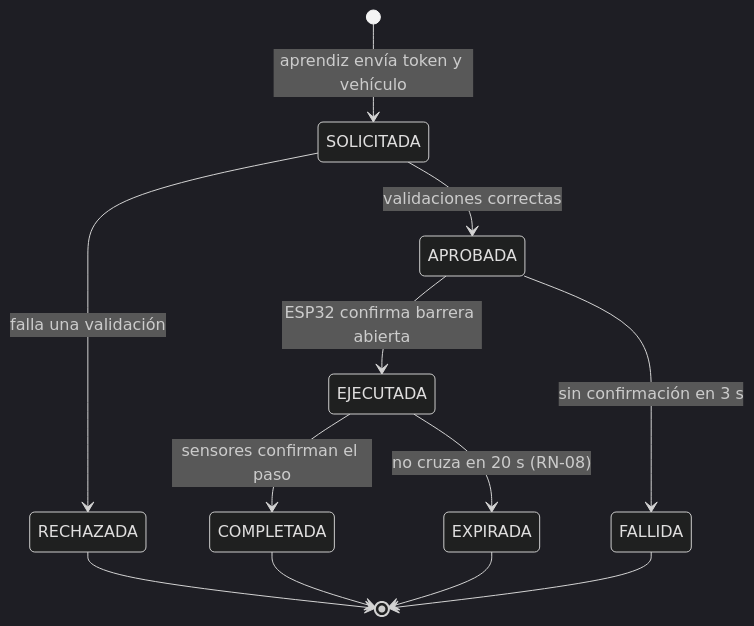
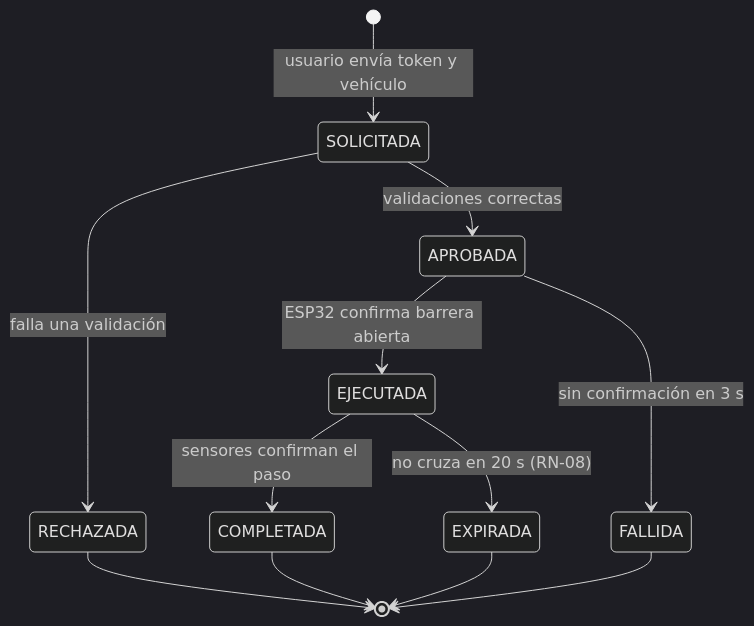
Before and after one commit to F5Alejo/Control_Personal_Sena: the fourth of 4 diagrams in docs/03-arquitectura.md, drawn with Mermaid (dark theme). The commit also changed other lines of this file and 42 other files, not shown here.

````diff
--- a/docs/03-arquitectura.md
+++ b/docs/03-arquitectura.md
@@ -119,14 +120,14 @@
 ```mermaid
 stateDiagram-v2
-    [*] --> SOLICITADA: aprendiz envía token y vehículo
+    [*] --> SOLICITADA: usuario envía token y vehículo
     SOLICITADA --> RECHAZADA: falla una validación
     SOLICITADA --> APROBADA: validaciones correctas
     APROBADA --> EJECUTADA: ESP32 confirma barrera abierta
     APROBADA --> FALLIDA: sin confirmación en 3 s
     EJECUTADA --> COMPLETADA: sensores confirman el paso
     EJECUTADA --> EXPIRADA: no cruza en 20 s (RN-08)
     RECHAZADA --> [*]
     COMPLETADA --> [*]
     EXPIRADA --> [*]
     FALLIDA --> [*]
 ```
````
